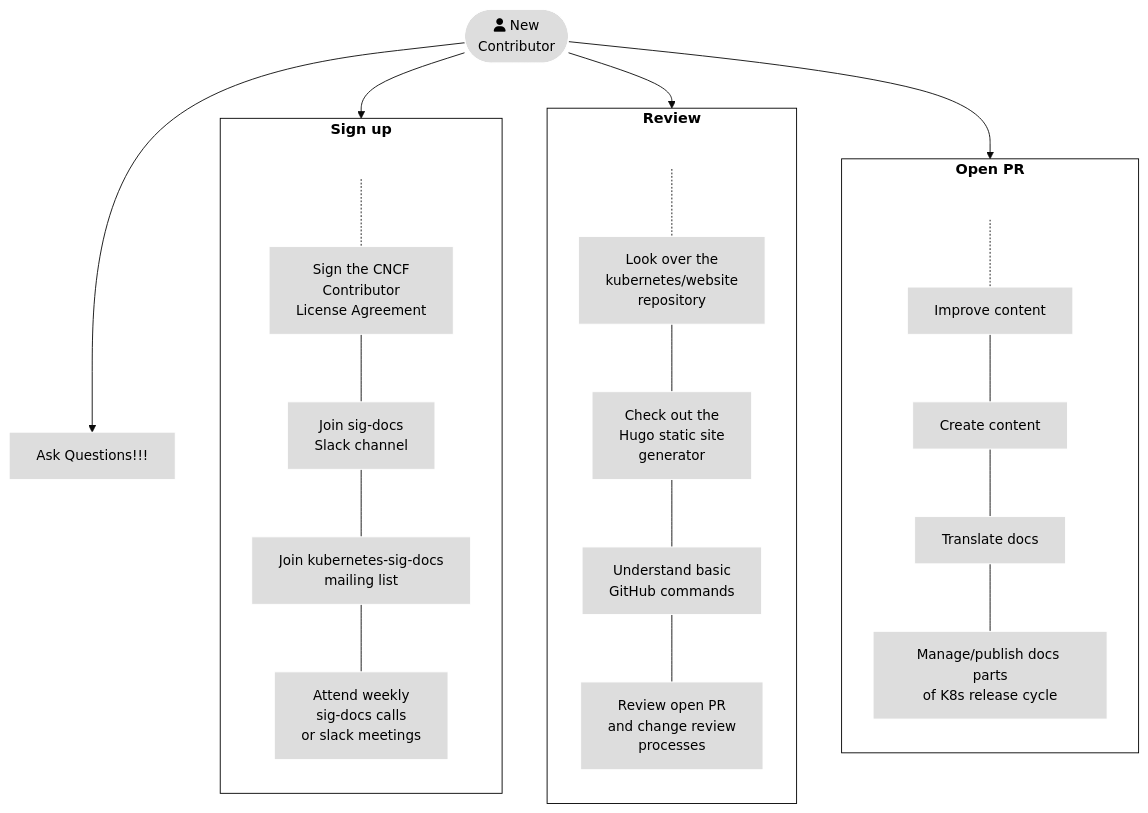
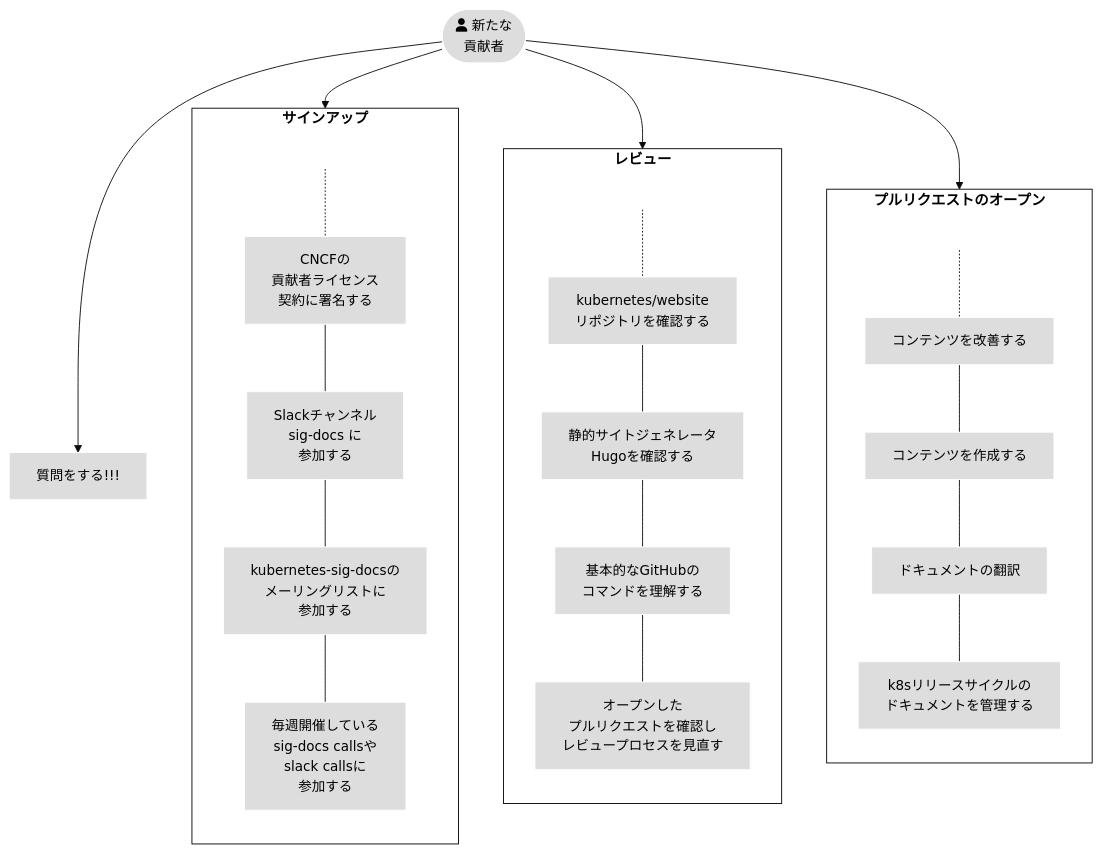
Before and after one commit to kubernetes/website: the first of 2 diagrams in content/ja/docs/contribute/_index.md, drawn with Mermaid (base theme). The commit also changed other lines of this file, not shown here.

Commit message:
translate en to ja (in mermaid)

```diff
--- a/content/ja/docs/contribute/_index.md
+++ b/content/ja/docs/contribute/_index.md
@@ -53,40 +53,40 @@
 {{< mermaid >}}
 flowchart TB
-subgraph third[Open PR]
+subgraph third[プルリクエストのオープン]
 direction TB
 U[ ] -.-
-Q[Improve content] --- N[Create content]
-N --- O[Translate docs]
-O --- P[Manage/publish docs parts<br>of K8s release cycle]
+Q[コンテンツを改善する] --- N[コンテンツを作成する]
+N --- O[ドキュメントの翻訳]
+O --- P[k8sリリースサイクルの <br>ドキュメントを管理する]
 
 end
 
-subgraph second[Review]
+subgraph second[レビュー]
 direction TB
    T[ ] -.-
-   D[Look over the<br>kubernetes/website<br>repository] --- E[Check out the<br>Hugo static site<br>generator]
-   E --- F[Understand basic<br>GitHub commands]
-   F --- G[Review open PR<br>and change review <br>processes]
+   D[kubernetes/website <br>リポジトリを確認する] --- E[静的サイトジェネレータ <br>Hugoを確認する]
+   E --- F[基本的なGitHubの <br>コマンドを理解する]
+   F --- G[オープンした <br>プルリクエストを確認し <br>レビュープロセスを見直す]
 end
 
-subgraph first[Sign up]
+subgraph first[サインアップ]
     direction TB
     S[ ] -.-
-    B[Sign the CNCF<br>Contributor<br>License Agreement] --- C[Join sig-docs<br>Slack channel]
-    C --- V[Join kubernetes-sig-docs<br>mailing list]
-    V --- M[Attend weekly<br>sig-docs calls<br>or slack meetings]
+    B[CNCFの <br>貢献者ライセンス <br>契約に署名する] --- C[Slackチャンネル <br>sig-docs に<br>参加する]
+    C --- V[kubernetes-sig-docsの<br> メーリングリストに <br>参加する]
+    V --- M[毎週開催している <br>sig-docs callsや<br> slack callsに <br>参加する]
 end
 
-A([fa:fa-user New<br>Contributor]) --> first
+A([fa:fa-user 新たな<br>貢献者]) --> first
 A --> second
 A --> third
-A --> H[Ask Questions!!!]
+A --> H[質問をする!!!]
 
 
 classDef grey fill:#dddddd,stroke:#ffffff,stroke-width:px,color:#000000, font-size:15px;
 classDef white fill:#ffffff,stroke:#000,stroke-width:px,color:#000,font-weight:bold
 classDef spacewhite fill:#ffffff,stroke:#fff,stroke-width:0px,color:#000
 class A,B,C,D,E,F,G,H,M,Q,N,O,P,V grey
 class S,T,U spacewhite
 class first,second,third white
 {{</ mermaid >}}
```
